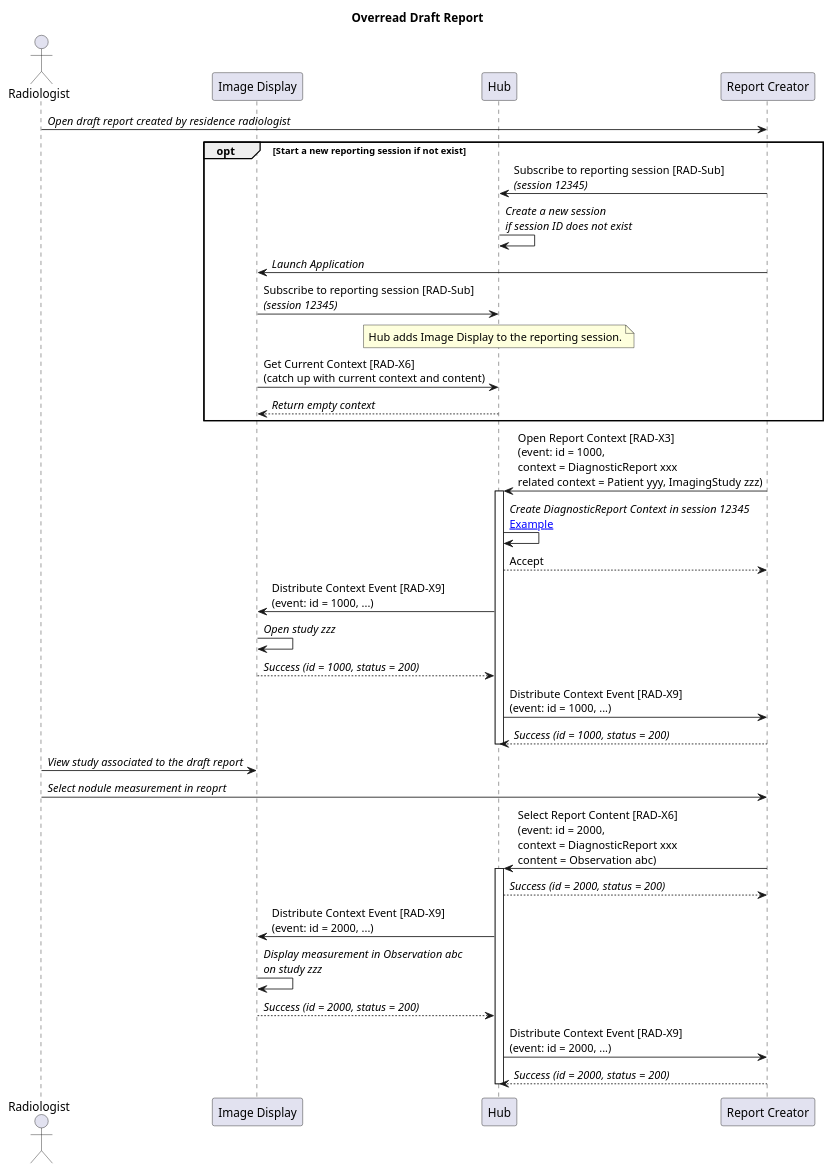
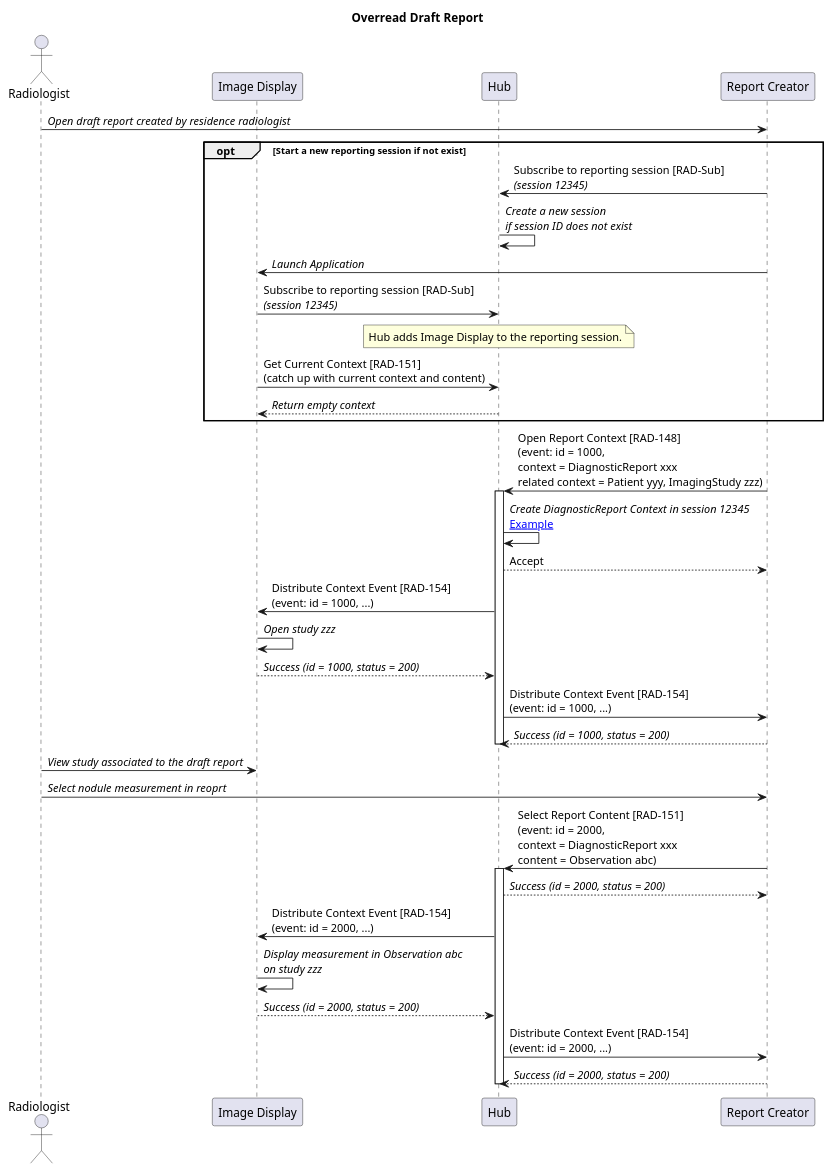
The diagram in input/images-source/report-overread.plantuml (IHE/RAD.IRA), drawn with PlantUML before and after one commit. The commit also changed 44 other files, not shown here.

```diff
--- a/input/images-source/report-overread.plantuml
+++ b/input/images-source/report-overread.plantuml
@@ -1,56 +1,56 @@
 @startuml
 
 title: Overread Draft Report
 
 actor Radiologist as User
 participant "Image Display" as PACS
 participant "Hub" as Hub
 participant "Report Creator" as Report
 
 User->Report: //Open draft report created by residence radiologist//
 
 opt Start a new reporting session if not exist
 Report->Hub: Subscribe to reporting session [RAD-Sub]\n//(session 12345)//
 Hub->Hub: //Create a new session//\n//if session ID does not exist//
 
 Report->PACS: //Launch Application//
 
 PACS->Hub: Subscribe to reporting session [RAD-Sub]\n//(session 12345)//
 note over Hub
 Hub adds Image Display to the reporting session.
 end note
 
-PACS->Hub: Get Current Context [RAD-X6]\n(catch up with current context and content)
+PACS->Hub: Get Current Context [RAD-151]\n(catch up with current context and content)
 Hub-->PACS: //Return empty context//
 end opt
 
-Report->Hub: Open Report Context [RAD-X3]\n(event: id = 1000,\ncontext = DiagnosticReport xxx\nrelated context = Patient yyy, ImagingStudy zzz)
+Report->Hub: Open Report Context [RAD-148]\n(event: id = 1000,\ncontext = DiagnosticReport xxx\nrelated context = Patient yyy, ImagingStudy zzz)
 activate Hub
 
 Hub->Hub: //Create DiagnosticReport Context in session 12345//\n[[open_study_for_reporting.html#available-context-and-content-in-hub Example]]
 Hub-->Report: Accept
 
-Hub->PACS: Distribute Context Event [RAD-X9]\n(event: id = 1000, ...)
+Hub->PACS: Distribute Context Event [RAD-154]\n(event: id = 1000, ...)
 PACS->PACS: //Open study zzz//
 PACS-->Hub: //Success (id = 1000, status = 200)//
 
-Hub->Report: Distribute Context Event [RAD-X9]\n(event: id = 1000, ...)
+Hub->Report: Distribute Context Event [RAD-154]\n(event: id = 1000, ...)
 Report-->Hub: //Success (id = 1000, status = 200)//
 deactivate Hub
 
 User->PACS: //View study associated to the draft report//
 
 User->Report: //Select nodule measurement in reoprt//
-Report->Hub: Select Report Content [RAD-X6]\n(event: id = 2000,\ncontext = DiagnosticReport xxx\ncontent = Observation abc)
+Report->Hub: Select Report Content [RAD-151]\n(event: id = 2000,\ncontext = DiagnosticReport xxx\ncontent = Observation abc)
 activate Hub
 Hub-->Report: //Success (id = 2000, status = 200)//
 
-Hub->PACS: Distribute Context Event [RAD-X9]\n(event: id = 2000, ...)
+Hub->PACS: Distribute Context Event [RAD-154]\n(event: id = 2000, ...)
 PACS->PACS: //Display measurement in Observation abc//\n//on study zzz//
 PACS-->Hub: //Success (id = 2000, status = 200)//
 
-Hub->Report: Distribute Context Event [RAD-X9]\n(event: id = 2000, ...)
+Hub->Report: Distribute Context Event [RAD-154]\n(event: id = 2000, ...)
 Report-->Hub: //Success (id = 2000, status = 200)//
 deactivate Hub
 
 @enduml
```
